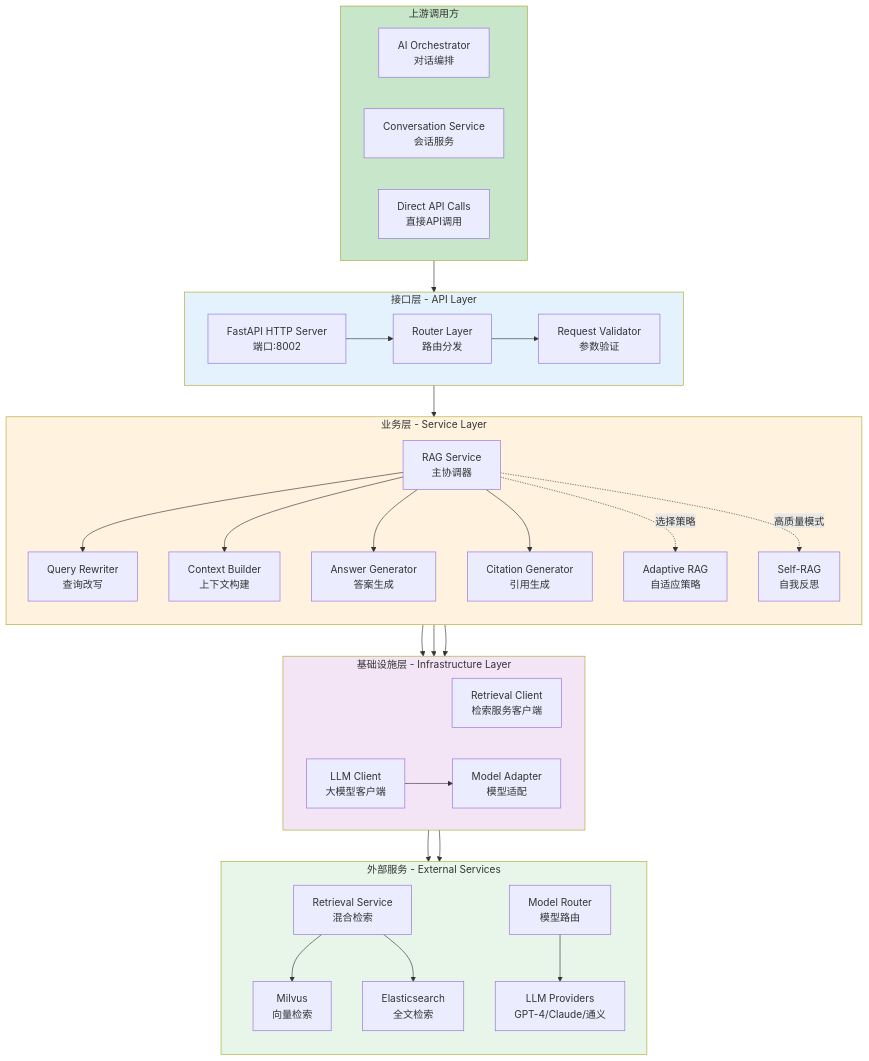
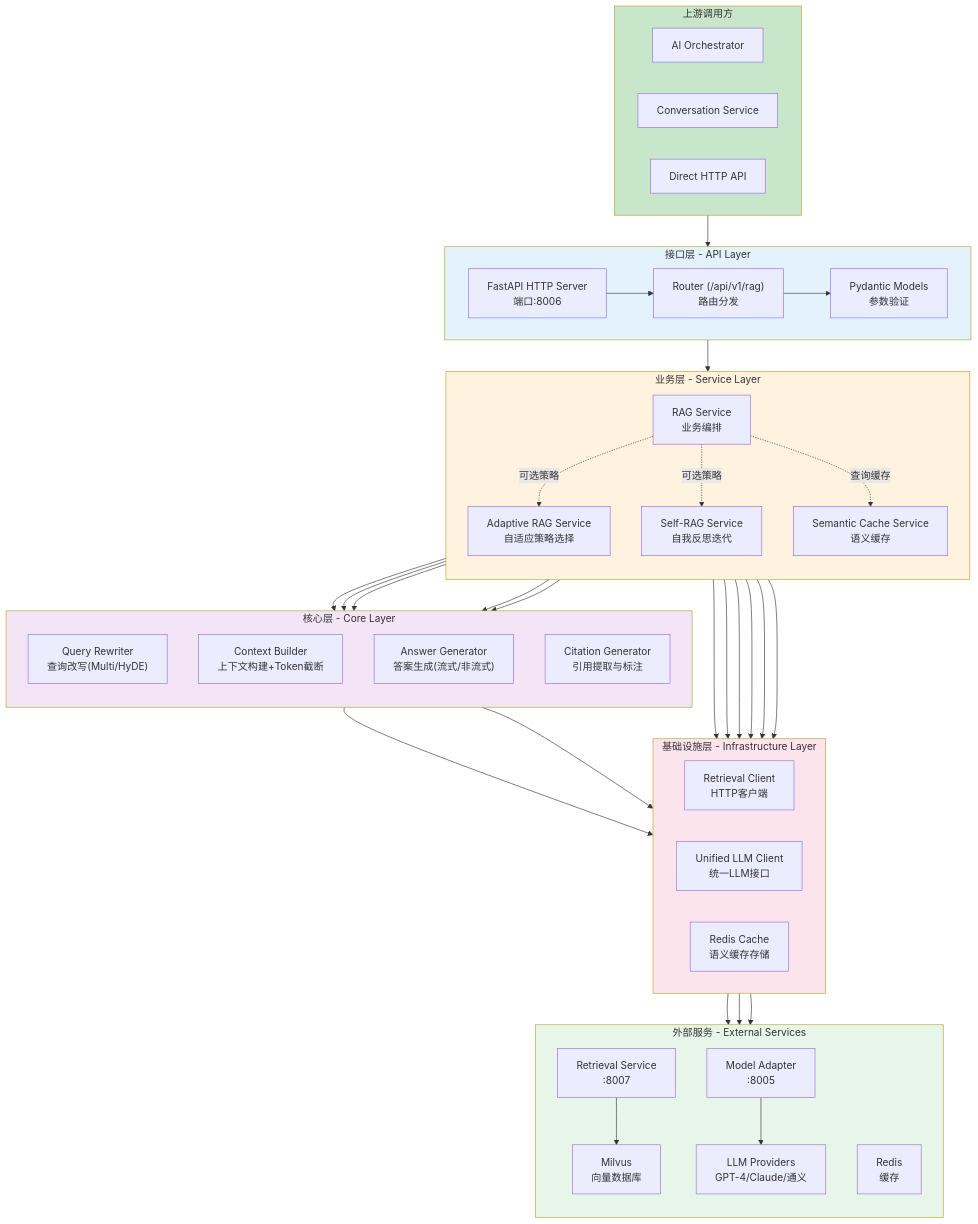
One commit to haoyunlt/VoiceAssistant changed the first of 8 diagrams in docs/VoiceAssistant-09-RAG-Engine.md. Above: the diagram before and after it, drawn with Mermaid. The commit also changed other lines of this file and 161 other files, not shown here.

````diff
--- a/docs/VoiceAssistant-09-RAG-Engine.md
+++ b/docs/VoiceAssistant-09-RAG-Engine.md
@@ -58,43 +58,48 @@
 flowchart TB
     subgraph API["接口层 - API Layer"]
         direction LR
-        HTTPServer["FastAPI HTTP Server<br/>端口:8002"]
-        Router["Router Layer<br/>路由分发"]
-        Validator["Request Validator<br/>参数验证"]
+        HTTPServer["FastAPI HTTP Server<br/>端口:8006"]
+        Router["Router (/api/v1/rag)<br/>路由分发"]
+        Validator["Pydantic Models<br/>参数验证"]
     end
 
     subgraph Service["业务层 - Service Layer"]
         direction TB
-        RAGService["RAG Service<br/>主协调器"]
-        QueryRewriter["Query Rewriter<br/>查询改写"]
-        ContextBuilder["Context Builder<br/>上下文构建"]
-        AnswerGenerator["Answer Generator<br/>答案生成"]
-        CitationGenerator["Citation Generator<br/>引用生成"]
-        AdaptiveRAG["Adaptive RAG<br/>自适应策略"]
-        SelfRAG["Self-RAG<br/>自我反思"]
+        RAGService["RAG Service<br/>业务编排"]
+        AdaptiveRAG["Adaptive RAG Service<br/>自适应策略选择"]
+        SelfRAG["Self-RAG Service<br/>自我反思迭代"]
+        SemanticCache["Semantic Cache Service<br/>语义缓存"]
+    end
+
+    subgraph Core["核心层 - Core Layer"]
+        direction TB
+        QueryRewriter["Query Rewriter<br/>查询改写(Multi/HyDE)"]
+        ContextBuilder["Context Builder<br/>上下文构建+Token截断"]
+        AnswerGenerator["Answer Generator<br/>答案生成(流式/非流式)"]
+        CitationGenerator["Citation Generator<br/>引用提取与标注"]
     end
 
     subgraph Infrastructure["基础设施层 - Infrastructure Layer"]
         direction LR
-        RetrievalClient["Retrieval Client<br/>检索服务客户端"]
-        LLMClient["LLM Client<br/>大模型客户端"]
-        ModelAdapter["Model Adapter<br/>模型适配"]
+        RetrievalClient["Retrieval Client<br/>HTTP客户端"]
+        LLMClient["Unified LLM Client<br/>统一LLM接口"]
+        RedisCache["Redis Cache<br/>语义缓存存储"]
     end
 
     subgraph External["外部服务 - External Services"]
         direction TB
-        RetrievalService["Retrieval Service<br/>混合检索"]
-        ModelRouter["Model Router<br/>模型路由"]
-        Milvus["Milvus<br/>向量检索"]
-        ES["Elasticsearch<br/>全文检索"]
+        RetrievalService["Retrieval Service<br/>:8007"]
+        ModelAdapter["Model Adapter<br/>:8005"]
+        Milvus["Milvus<br/>向量数据库"]
+        Redis["Redis<br/>缓存"]
         LLMs["LLM Providers<br/>GPT-4/Claude/通义"]
     end
 
     subgraph Clients["上游调用方"]
         direction LR
-        AIOrchestrator["AI Orchestrator<br/>对话编排"]
-        ConversationService["Conversation Service<br/>会话服务"]
-        DirectAPI["Direct API Calls<br/>直接API调用"]
+        AIOrchestrator["AI Orchestrator"]
+        ConversationService["Conversation Service"]
+        DirectAPI["Direct HTTP API"]
     end
 
     Clients --> HTTPServer
@@ -106,26 +111,35 @@
     RAGService --> ContextBuilder
     RAGService --> AnswerGenerator
     RAGService --> CitationGenerator
+    RAGService --> RetrievalClient
 
-    RAGService -.选择策略.-> AdaptiveRAG
-    RAGService -.高质量模式.-> SelfRAG
+    RAGService -.可选策略.-> AdaptiveRAG
+    RAGService -.可选策略.-> SelfRAG
+    RAGService -.查询缓存.-> SemanticCache
 
     QueryRewriter --> LLMClient
     AnswerGenerator --> LLMClient
 
-    RAGService --> RetrievalClient
+    AdaptiveRAG --> QueryRewriter
+    AdaptiveRAG --> RetrievalClient
+    AdaptiveRAG --> LLMClient
+
+    SelfRAG --> RetrievalClient
+    SelfRAG --> LLMClient
+
+    SemanticCache --> RedisCache
 
     RetrievalClient --> RetrievalService
     LLMClient --> ModelAdapter
-    ModelAdapter --> ModelRouter
+    RedisCache --> Redis
 
     RetrievalService --> Milvus
-    RetrievalService --> ES
-    ModelRouter --> LLMs
+    ModelAdapter --> LLMs
 
     style API fill:#e3f2fd
     style Service fill:#fff3e0
-    style Infrastructure fill:#f3e5f5
+    style Core fill:#f3e5f5
+    style Infrastructure fill:#fce4ec
     style External fill:#e8f5e9
     style Clients fill:#c8e6c9
 ```
````
